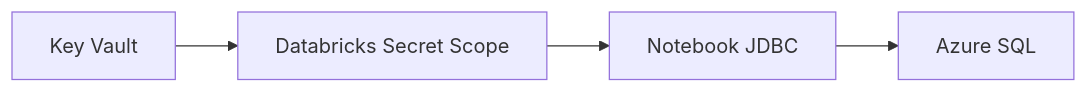
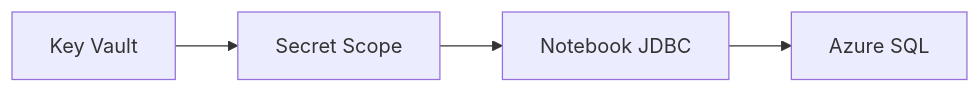
One commit to franciscosalaspla/data-engineering-portfolio changed the third of 3 diagrams in 23-azure-adf-databricks-bank-fx/docs/architecture.md. Above: the diagram before and after it, drawn with Mermaid. The commit also changed other lines of this file and 7 other files, not shown here.

````diff
--- a/23-azure-adf-databricks-bank-fx/docs/architecture.md
+++ b/23-azure-adf-databricks-bank-fx/docs/architecture.md
@@ -112,6 +112,6 @@
 ```mermaid
 flowchart LR
-    KV["Key Vault"] --> SS["Databricks Secret Scope"]
+    KV["Key Vault"] --> SS["Secret Scope"]
     SS --> NB["Notebook JDBC"]
     NB --> DB["Azure SQL"]
 ```
````
